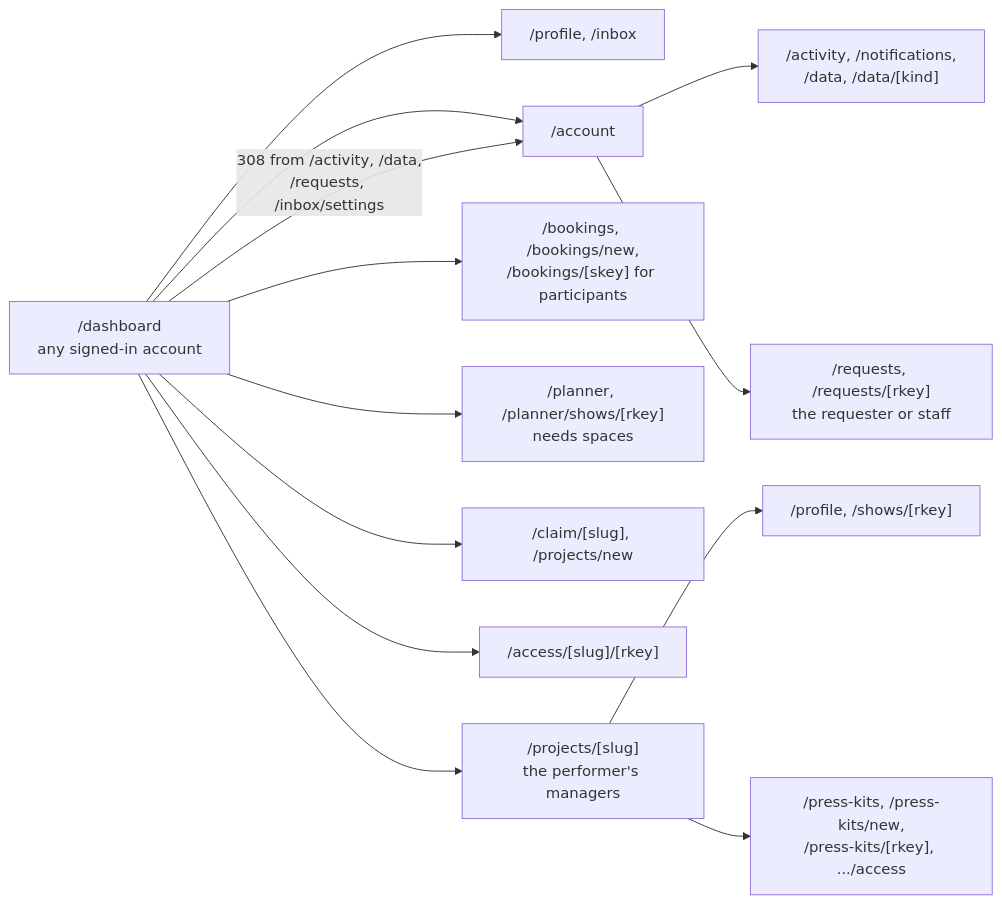
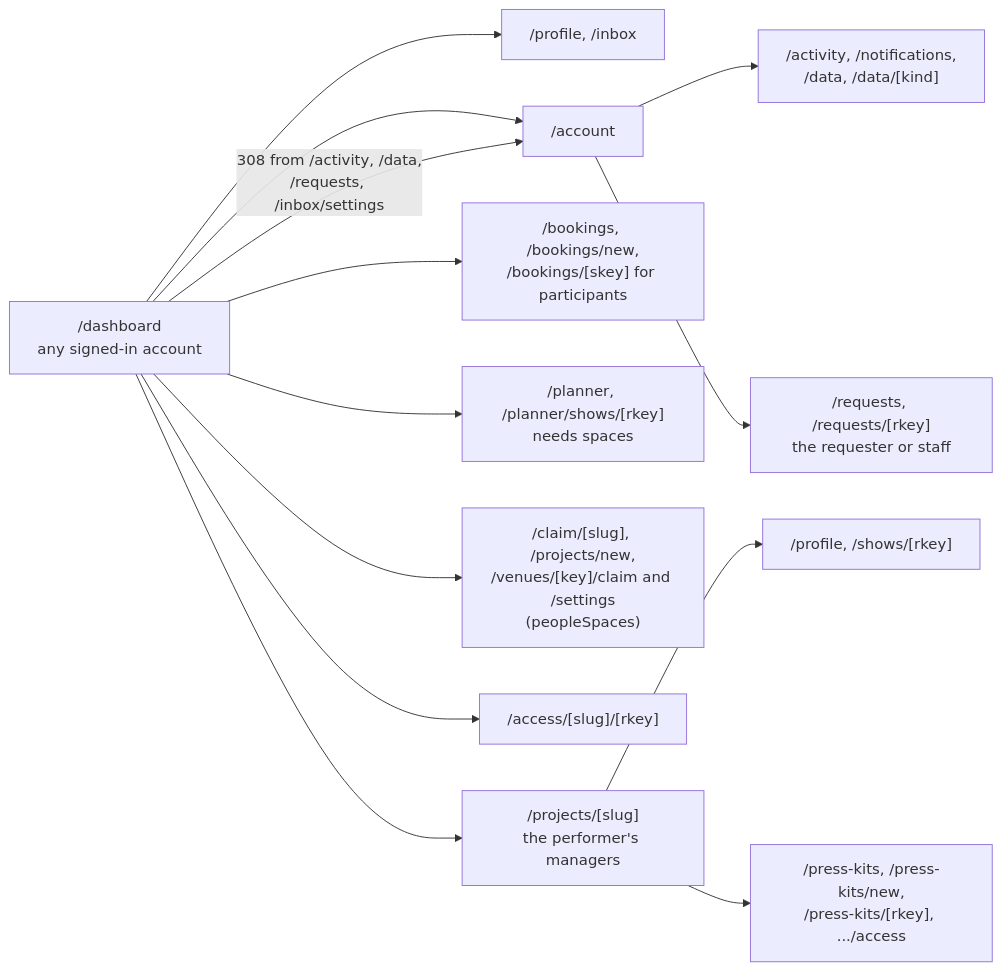
One commit to cutenode/localnetwork changed the eighth of 11 diagrams in apps/web/docs/diagrams/requests-and-routes.md. Above: the diagram before and after it, drawn with Mermaid. The commit also changed 62 other files, not shown here.

````diff
--- a/apps/web/docs/diagrams/requests-and-routes.md
+++ b/apps/web/docs/diagrams/requests-and-routes.md
@@ -178,16 +178,16 @@
 ```mermaid
 flowchart LR
   Dash["/dashboard<br/>any signed-in account"]
   Dash --> Over["/profile, /inbox"]
   Dash --> Account["/account"]
   Account --> Yours["/activity, /notifications,<br/>/data, /data/[kind]"]
   Account --> Req["/requests, /requests/[rkey]<br/>the requester or staff"]
   Dash -- "308 from /activity, /data,<br/>/requests, /inbox/settings" --> Account
   Dash --> Book["/bookings, /bookings/new,<br/>/bookings/[skey] for participants"]
   Dash --> Plan["/planner, /planner/shows/[rkey]<br/>needs spaces"]
-  Dash --> Claim["/claim/[slug], /projects/new"]
+  Dash --> Claim["/claim/[slug], /projects/new,<br/>/venues/[key]/claim and /settings<br/>(peopleSpaces)"]
   Dash --> Access["/access/[slug]/[rkey]"]
   Dash --> Manage["/projects/[slug]<br/>the performer's managers"]
   Manage --> Mine["/profile, /shows/[rkey]"]
   Manage --> Kits["/press-kits, /press-kits/new,<br/>/press-kits/[rkey], .../access"]
 ```
````
